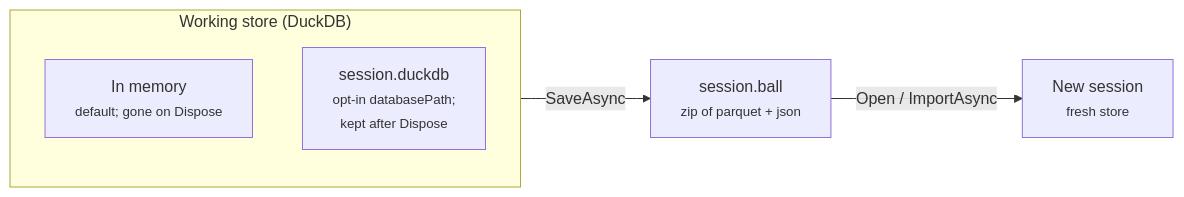
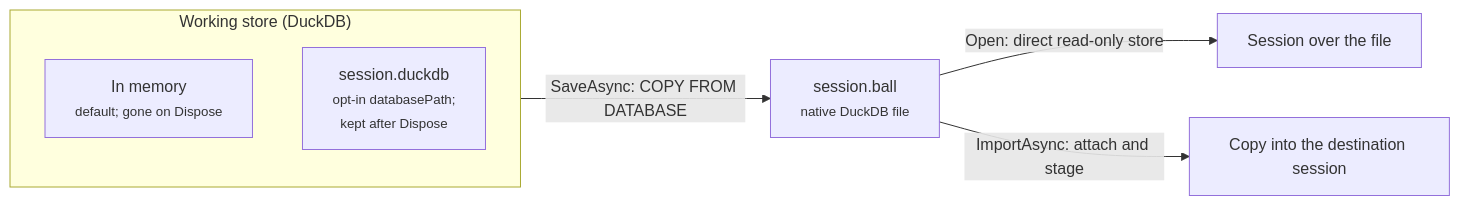
The third of 11 diagrams in docs/how-it-works.md (squalor-xyz/DataBall), drawn with Mermaid before and after one commit. The commit also changed other lines of this file and 28 other files, not shown here.

First line of the commit message:
db-06: .ball v3 is a native DuckDB file; ZIP .ball removed.

````diff
--- a/docs/how-it-works.md
+++ b/docs/how-it-works.md
@@ -40,9 +40,10 @@
 ```mermaid
 flowchart LR
     subgraph store["Working store (DuckDB)"]
         Mem["In memory<br/><small>default; gone on Dispose</small>"]
         File["session.duckdb<br/><small>opt-in databasePath;<br/>kept after Dispose</small>"]
     end
-    store -->|"SaveAsync"| Ball["session.ball<br/><small>zip of parquet + json</small>"]
-    Ball -->|"Open / ImportAsync"| New["New session<br/><small>fresh store</small>"]
+    store -->|"SaveAsync: COPY FROM DATABASE"| Ball["session.ball<br/><small>native DuckDB file</small>"]
+    Ball -->|"Open: direct read-only store"| Session["Session over the file"]
+    Ball -->|"ImportAsync: attach and stage"| New["Copy into the destination session"]
 ```
````
